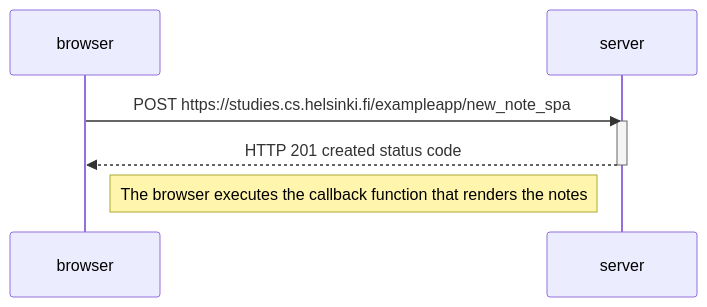
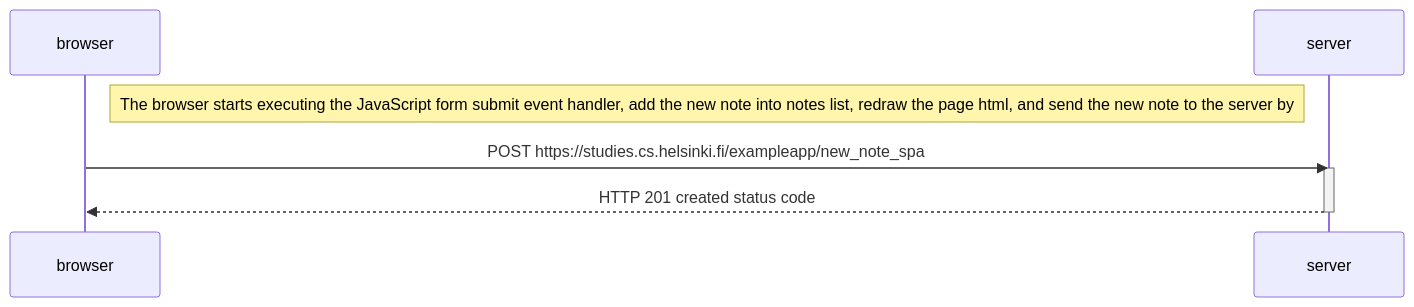
The diagram in part0/0.6.md (hornpondbrook/fullstackopen), drawn with Mermaid before and after one commit.

````diff
--- a/part0/0.6.md
+++ b/part0/0.6.md
@@ -9,13 +9,13 @@
 ```mermaid
 sequenceDiagram
     participant browser
     participant server
     
+    Note right of browser: The browser starts executing the JavaScript form submit event handler, add the new note into notes list, redraw the page html, and send the new note to the server by 
+    
     browser->>server: POST https://studies.cs.helsinki.fi/exampleapp/new_note_spa 
     activate server
     server-->>browser: HTTP 201 created status code
     deactivate server
-    
-    Note right of browser: The browser executes the callback function that renders the notes
-
+   
 ```
````
